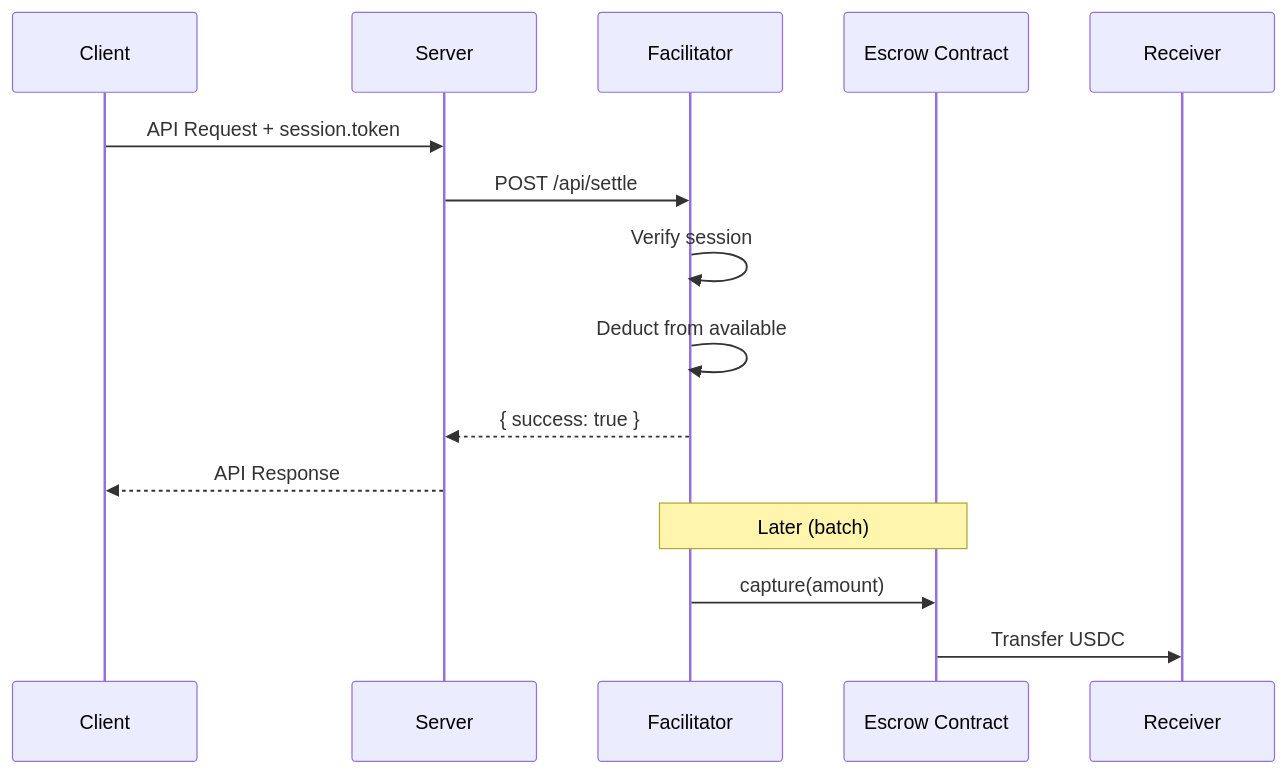
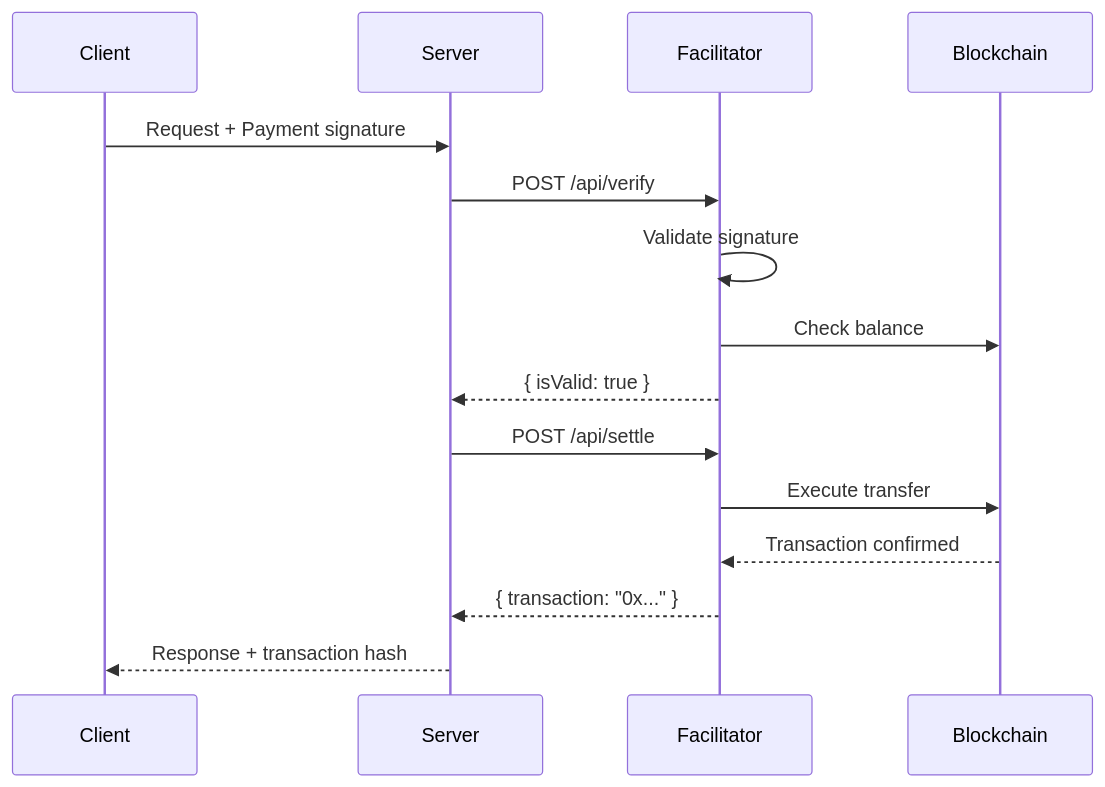
Before and after one commit to Agentokratia/docs: the first of 3 diagrams in x402/concepts/settlement.mdx, drawn with Mermaid. The commit also changed other lines of this file and 7 other files, not shown here.

````diff
--- a/x402/concepts/settlement.mdx
+++ b/x402/concepts/settlement.mdx
@@ -30,19 +16,20 @@
 ```mermaid
 sequenceDiagram
     participant Client
     participant Server
     participant Facilitator
-    participant Escrow Contract
-    participant Receiver
+    participant Blockchain
 
-    Client->>Server: API Request + session.token
+    Client->>Server: Request + Payment signature
+    Server->>Facilitator: POST /api/verify
+    Facilitator->>Facilitator: Validate signature
+    Facilitator->>Blockchain: Check balance
+    Facilitator-->>Server: { isValid: true }
+
     Server->>Facilitator: POST /api/settle
-    Facilitator->>Facilitator: Verify session
-    Facilitator->>Facilitator: Deduct from available
-    Facilitator-->>Server: { success: true }
-    Server-->>Client: API Response
+    Facilitator->>Blockchain: Execute transfer
+    Blockchain-->>Facilitator: Transaction confirmed
+    Facilitator-->>Server: { transaction: "0x..." }
 
-    Note over Facilitator,Escrow Contract: Later (batch)
-    Facilitator->>Escrow Contract: capture(amount)
-    Escrow Contract->>Receiver: Transfer USDC
+    Server-->>Client: Response + transaction hash
 ```
````
